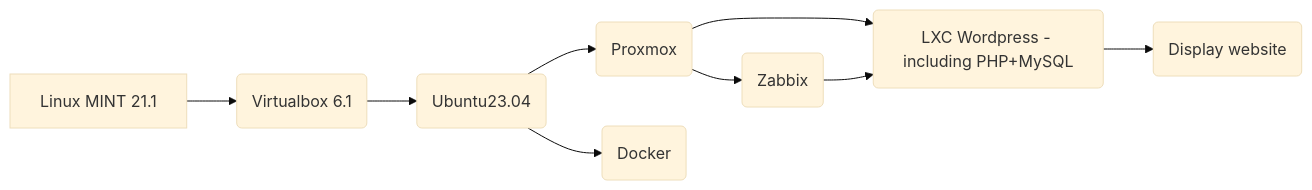
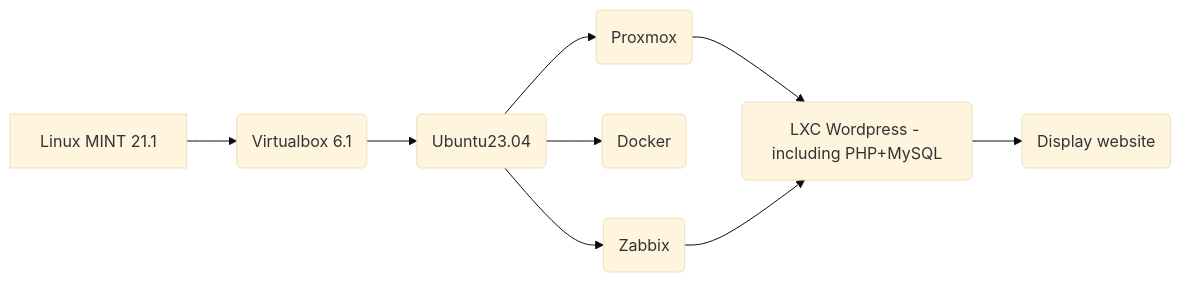
One commit to DanyAAD90/DevOps_junior_Wordpress changed the diagram in Project.md. Above: the diagram before and after it, drawn with Mermaid (base theme). The commit also changed other lines of this file, not shown here.

````diff
--- a/Project.md
+++ b/Project.md
@@ -3,11 +3,11 @@
 ```mermaid
 graph LR
 A[Linux MINT 21.1] --> B(Virtualbox 6.1)
 B --> C(Ubuntu23.04)
 C --> D(Proxmox)
 D --> E(LXC Wordpress - including PHP+MySQL)
 E --> G(Display website)
 C --> F(Docker)
-D --> H
+C --> H
 H(Zabbix) --> E
 ```
````
